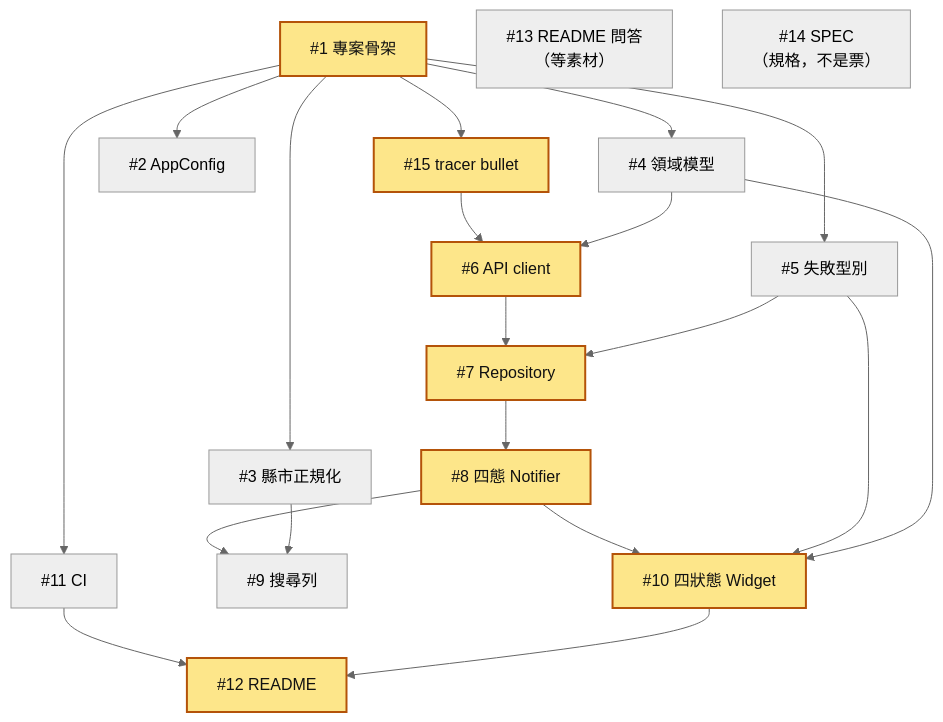
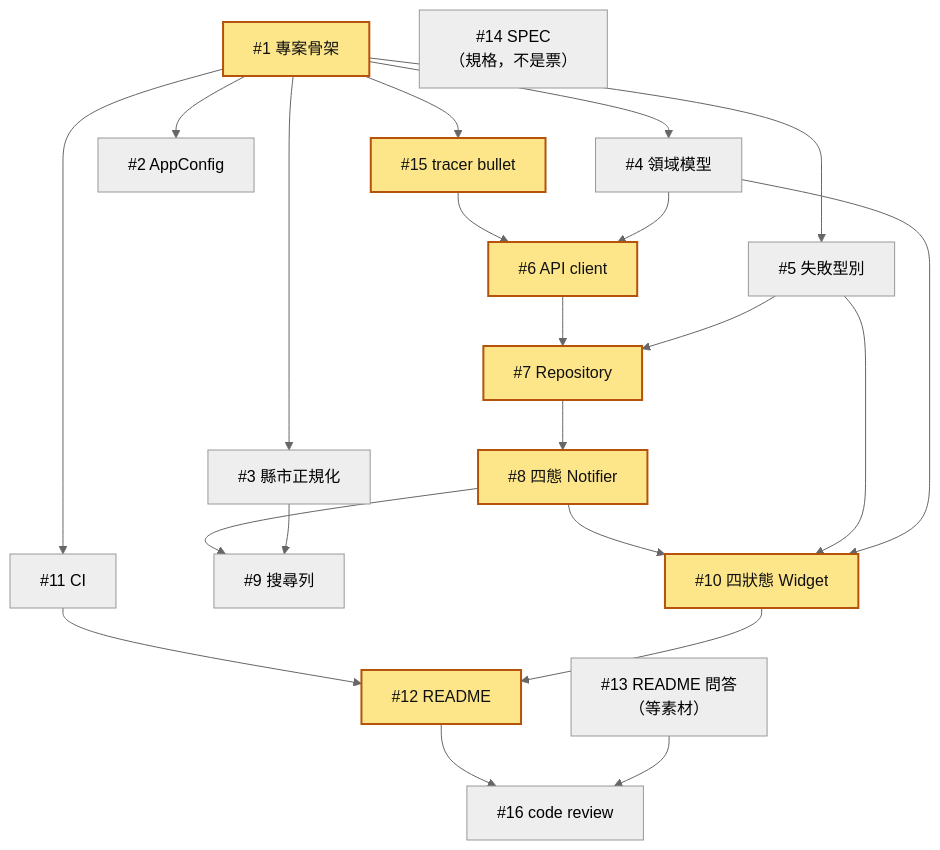
One commit to allenljf/weather-forecast-flutter changed the diagram in README.md. Above: the diagram before and after it, drawn with Mermaid (neutral theme). The commit also changed other lines of this file, not shown here.

First line of the commit message:
code review：修正 README 與詞彙表矛盾的時段敘述，並把 #16 補進相依圖

````diff
--- a/README.md
+++ b/README.md
@@ -226,25 +226,26 @@
 ```mermaid
 flowchart TD
     N1["#1 專案骨架"] --> N15["#15 tracer bullet"]
     N1 --> N2["#2 AppConfig"]
     N1 --> N3["#3 縣市正規化"]
     N1 --> N4["#4 領域模型"]
     N1 --> N5["#5 失敗型別"]
     N1 --> N11["#11 CI"]
     N15 --> N6["#6 API client"]
     N4 --> N6
     N6 --> N7["#7 Repository"]
     N5 --> N7
     N7 --> N8["#8 四態 Notifier"]
     N8 --> N9["#9 搜尋列"]
     N3 --> N9
     N8 --> N10["#10 四狀態 Widget"]
     N5 --> N10
     N4 --> N10
     N11 --> N12["#12 README"]
     N10 --> N12
-    N13["#13 README 問答<br/>（等素材）"]
+    N12 --> N16["#16 code review"]
+    N13["#13 README 問答<br/>（等素材）"] --> N16
     N14["#14 SPEC<br/>（規格，不是票）"]
     classDef cp fill:#fde68a,stroke:#b45309,color:#111,stroke-width:2px;
     class N1,N15,N6,N7,N8,N10,N12 cp;
 ```
````
